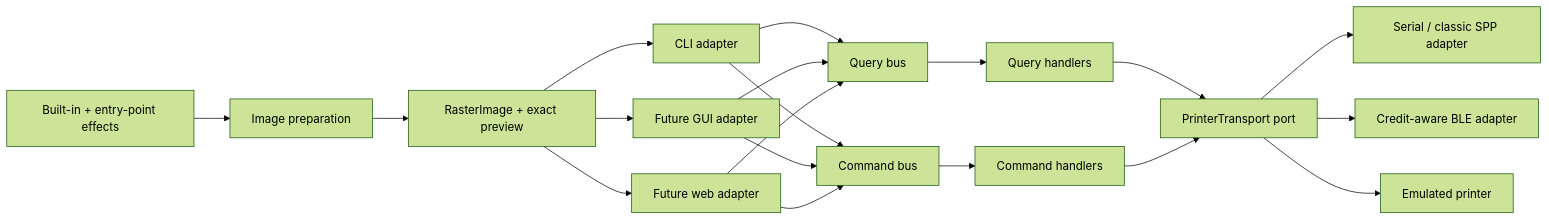
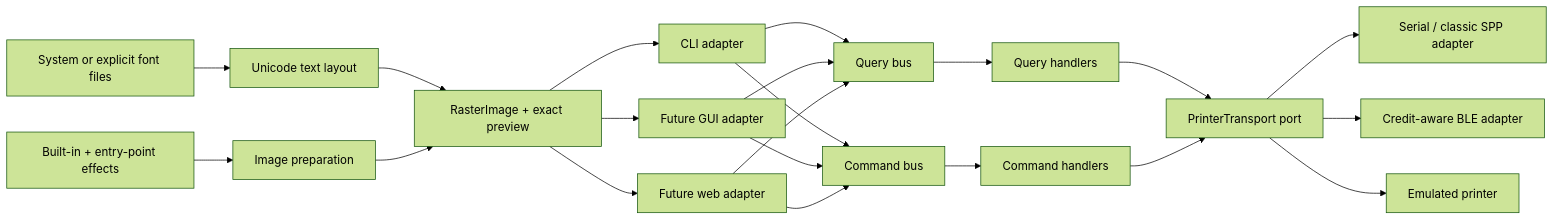
The diagram in docs/architecture.md (CSonTi04/mini-thermal-printer), drawn with Mermaid (forest theme) before and after one commit. The commit also changed other lines of this file and 8 other files, not shown here.

Commit message:
feat: add Unicode text and font support

````diff
--- a/docs/architecture.md
+++ b/docs/architecture.md
@@ -8,21 +8,23 @@
 ```mermaid
 flowchart LR
     PLUGINS["Built-in + entry-point effects"] --> PREP["Image preparation"]
+    FONTS["System or explicit font files"] --> TEXT["Unicode text layout"]
+    TEXT --> RASTER
     PREP --> RASTER["RasterImage + exact preview"]
     RASTER --> CLI
     RASTER --> GUI
     RASTER --> WEB
     CLI["CLI adapter"] --> QB["Query bus"]
     GUI["Future GUI adapter"] --> QB
     WEB["Future web adapter"] --> QB
     CLI --> CB["Command bus"]
     GUI --> CB
     WEB --> CB
     QB --> QH["Query handlers"]
     CB --> CH["Command handlers"]
     QH --> PORT["PrinterTransport port"]
     CH --> PORT
     PORT --> SPP["Serial / classic SPP adapter"]
     PORT --> BLE["Credit-aware BLE adapter"]
     PORT --> MOCK["Emulated printer"]
 ```
````
